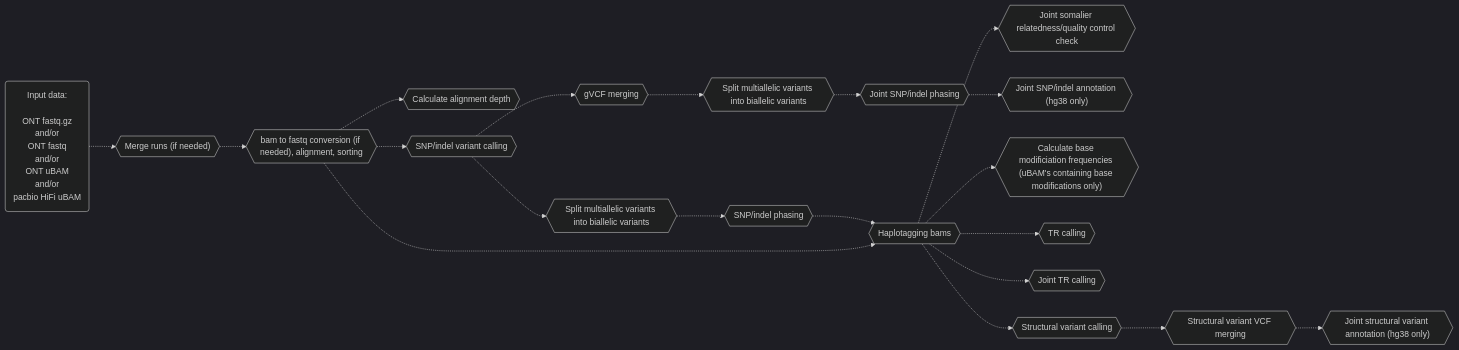
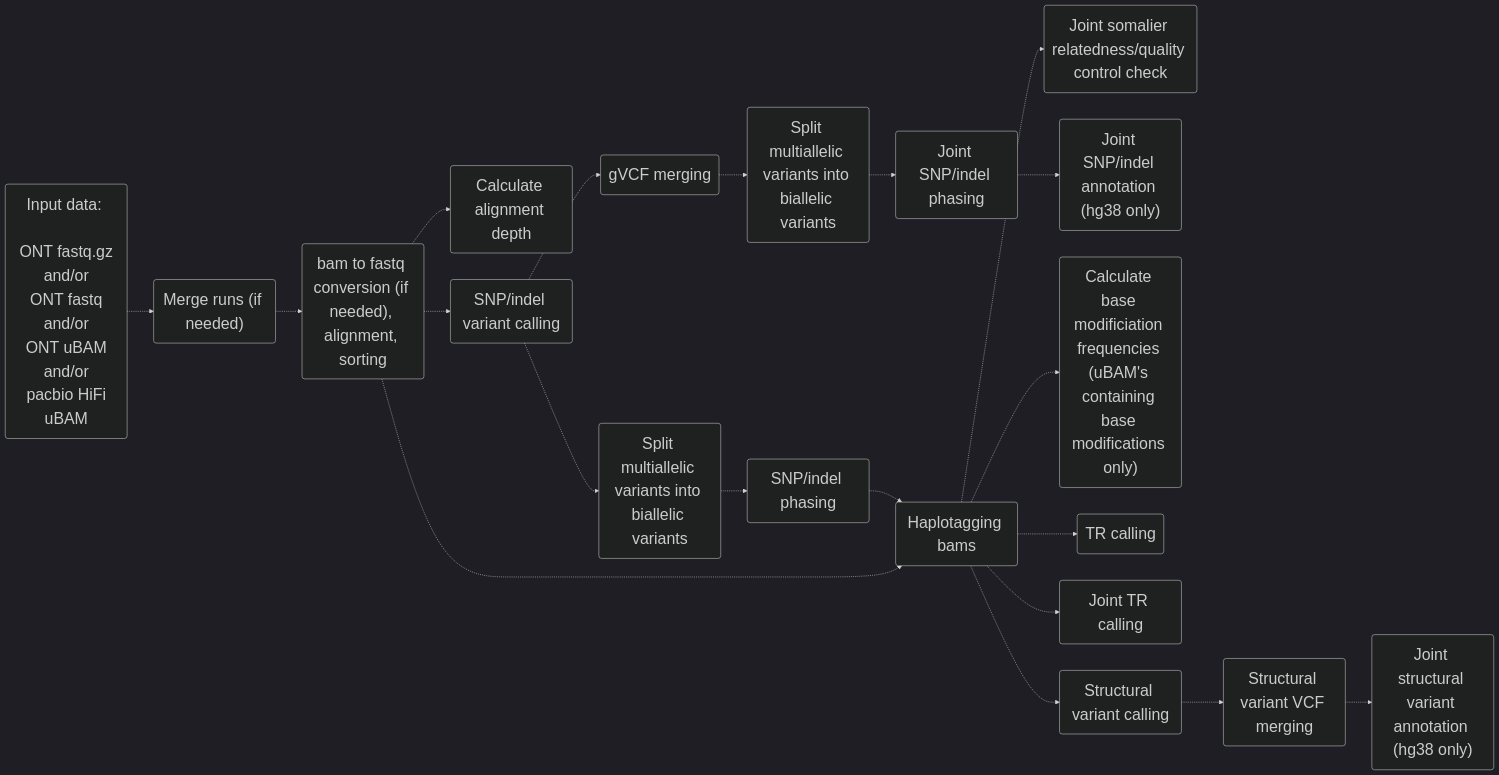
The second of 3 diagrams in docs/pipeface/info.md (leahkemp/pipeface), drawn with Mermaid before and after one commit. The commit also changed other lines of this file and 1 other file, not shown here.

Commit message:
make diagrams more readable

````diff
--- a/docs/pipeface/info.md
+++ b/docs/pipeface/info.md
@@ -36,35 +36,35 @@
 ```mermaid
-%%{init: {'theme':'dark'}}%%
+%%{init: {'theme':'dark', 'themeVariables': {'fontSize': '30px'}}}%%
 flowchart LR
 
 input_data("Input data: <br><br> ONT fastq.gz <br> and/or <br> ONT fastq <br> and/or <br> ONT uBAM <br> and/or <br> pacbio HiFi uBAM")
-merging{{"Merge runs (if needed)"}}
-alignment{{"bam to fastq conversion (if needed), alignment, sorting"}}
-depth{{"Calculate alignment depth"}}
-snp_indel_calling{{"SNP/indel variant calling"}}
-split_multiallele{{"Split multiallelic variants into biallelic variants"}}
-snp_indel_phasing{{"SNP/indel phasing"}}
-joint_somalier{{"Joint somalier relatedness/quality control check"}}
-gvcf_merging{{"gVCF merging"}}
-joint_split_multiallele{{"Split multiallelic variants into biallelic variants"}}
-joint_snp_indel_phasing{{"Joint SNP/indel phasing"}}
-joint_snp_indel_annotation{{"Joint SNP/indel annotation (hg38 only)"}}
-haplotagging{{"Haplotagging bams"}}
-calculate_base_mod_freqs{{"Calculate base modificiation frequencies (uBAM's containing base modifications only)"}}
-tr_calling{{"TR calling"}}
-joint_tr_calling{{"Joint TR calling"}}
-sv_calling{{"Structural variant calling"}}
-sv_vcf_merging{{"Structural variant VCF merging"}}
-joint_sv_annotation{{"Joint structural variant annotation (hg38 only)"}}
+merging("Merge runs (if needed)")
+alignment("bam to fastq conversion (if needed), alignment, sorting")
+depth("Calculate alignment depth")
+snp_indel_calling("SNP/indel variant calling")
+split_multiallele("Split multiallelic variants into biallelic variants")
+snp_indel_phasing("SNP/indel phasing")
+joint_somalier("Joint somalier relatedness/quality control check")
+gvcf_merging("gVCF merging")
+joint_split_multiallele("Split multiallelic variants into biallelic variants")
+joint_snp_indel_phasing("Joint SNP/indel phasing")
+joint_snp_indel_annotation("Joint SNP/indel annotation (hg38 only)")
+haplotagging("Haplotagging bams")
+calculate_base_mod_freqs("Calculate base modificiation frequencies (uBAM's containing base modifications only)")
+tr_calling("TR calling")
+joint_tr_calling("Joint TR calling")
+sv_calling("Structural variant calling")
+sv_vcf_merging("Structural variant VCF merging")
+joint_sv_annotation("Joint structural variant annotation (hg38 only)")
 
 input_data-.->merging-.->alignment-.->snp_indel_calling-.->split_multiallele-.->snp_indel_phasing-.->haplotagging-.->sv_calling
 alignment-.->depth
 alignment-.->haplotagging
 haplotagging-.->calculate_base_mod_freqs
 haplotagging-.->tr_calling
 haplotagging-.->joint_tr_calling
 haplotagging-.->joint_somalier
 snp_indel_calling-.->gvcf_merging-.->joint_split_multiallele-.->joint_snp_indel_phasing-.->joint_snp_indel_annotation
 sv_calling-.->sv_vcf_merging-.->joint_sv_annotation
 
 ```
````
